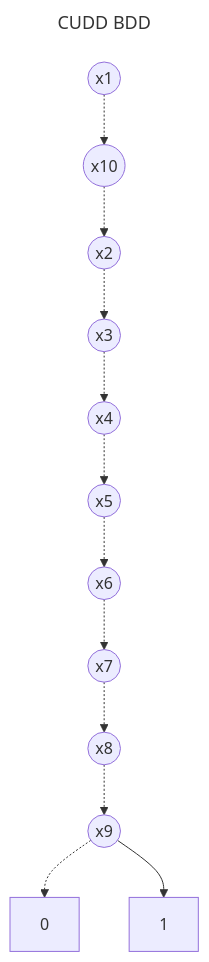
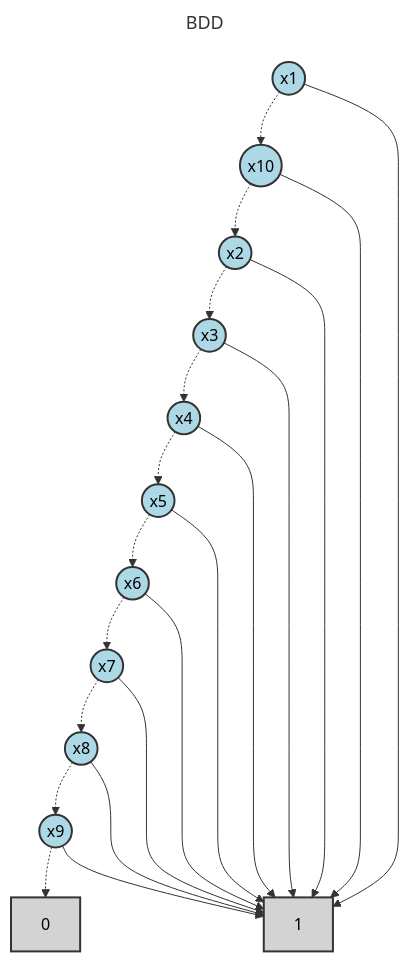
The second of 2 diagrams in test_expressions/cudd_reference_outputs/many_variables_analysis.md (Alan-Jowett/bdd_test), drawn with Mermaid before and after one commit. The commit also changed 13 other files, not shown here.

````diff
--- a/test_expressions/cudd_reference_outputs/many_variables_analysis.md
+++ b/test_expressions/cudd_reference_outputs/many_variables_analysis.md
@@ -88,43 +88,55 @@
 ```mermaid
 ---
-title: CUDD BDD
+title: BDD
 ---
 flowchart TD
-    N0(("x1"))
-    N1(("x10"))
-    N2(("x2"))
-    N3(("x3"))
-    N4(("x4"))
-    N5(("x5"))
-    N6(("x6"))
-    N7(("x7"))
-    N8(("x8"))
-    N9(("x9"))
-    N10["0"]
-    N11["1"]
+    N0["0"]
+    N1["1"]
+    N2(("x9"))
+    N3(("x8"))
+    N4(("x7"))
+    N5(("x6"))
+    N6(("x5"))
+    N7(("x4"))
+    N8(("x3"))
+    N9(("x2"))
+    N10(("x10"))
+    N11(("x1"))
 
-    N0 -.-> N1
-    N1 -.-> N2
-    N2 -.-> N3
-    N3 -.-> N4
-    N4 -.-> N5
-    N5 -.-> N6
-    N6 -.-> N7
-    N7 -.-> N8
-    N8 -.-> N9
-    N9 -.-> N10
-    N9 --> N11
+    N2 -.-> N0
+    N2 --> N1
+    N3 -.-> N2
+    N3 --> N1
+    N4 -.-> N3
+    N4 --> N1
+    N5 -.-> N4
+    N5 --> N1
+    N6 -.-> N5
+    N6 --> N1
+    N7 -.-> N6
+    N7 --> N1
+    N8 -.-> N7
+    N8 --> N1
+    N9 -.-> N8
+    N9 --> N1
+    N10 -.-> N9
+    N10 --> N1
+    N11 -.-> N10
+    N11 --> N1
 
-    class N0 default
-    class N1 default
-    class N2 default
-    class N3 default
-    class N4 default
-    class N5 default
-    class N6 default
-    class N7 default
-    class N8 default
-    class N9 default
-    class N10 default
-    class N11 default
+    class N0 terminal
+    class N1 terminal
+    class N2 bddVariable
+    class N3 bddVariable
+    class N4 bddVariable
+    class N5 bddVariable
+    class N6 bddVariable
+    class N7 bddVariable
+    class N8 bddVariable
+    class N9 bddVariable
+    class N10 bddVariable
+    class N11 bddVariable
+
+    classDef bddVariable fill:lightblue,stroke:#333,stroke-width:2px,color:#000
+    classDef terminal fill:lightgray,stroke:#333,stroke-width:2px,color:#000
 ```
````
